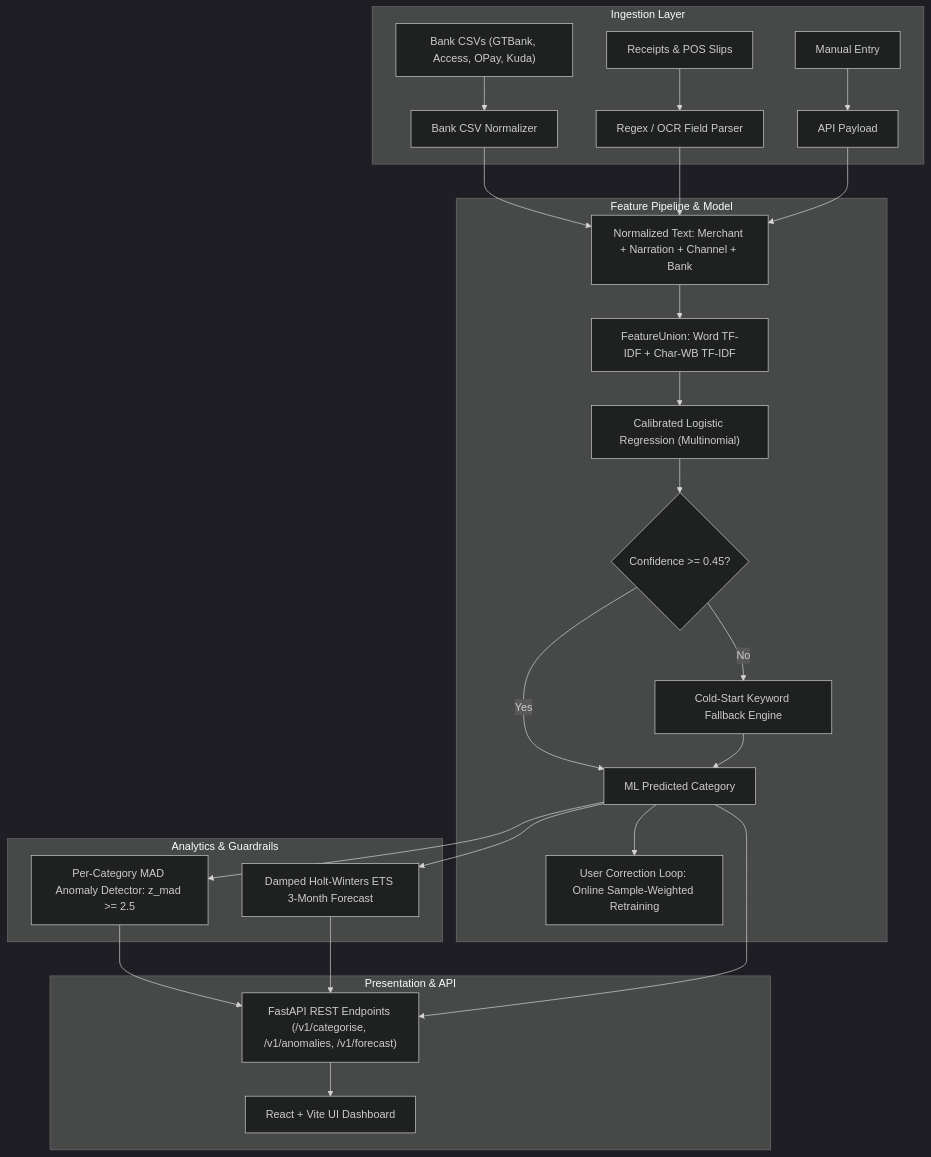
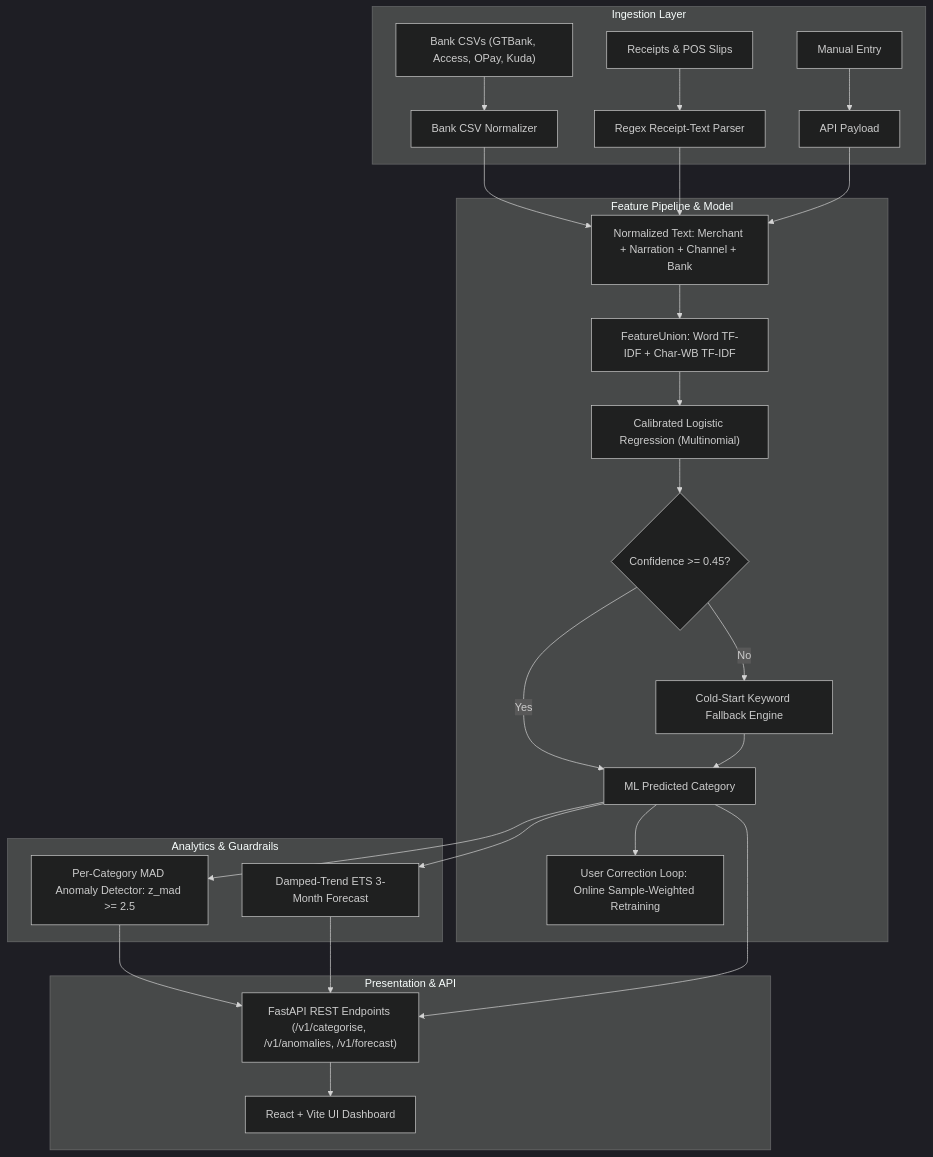
Before and after one commit to ikebude/AIOps_Expense_Tracker: the diagram in README.md, drawn with Mermaid (dark theme). The commit also changed other lines of this file and 12 other files, not shown here.

````diff
--- a/README.md
+++ b/README.md
@@ -70,29 +80,29 @@
 ```mermaid
 flowchart TD
     subgraph Ingestion["Ingestion Layer"]
         A1["Bank CSVs (GTBank, Access, OPay, Kuda)"] --> B1["Bank CSV Normalizer"]
-        A2["Receipts & POS Slips"] --> B2["Regex / OCR Field Parser"]
+        A2["Receipts & POS Slips"] --> B2["Regex Receipt-Text Parser"]
         A3["Manual Entry"] --> B3["API Payload"]
     end
 
     subgraph FeaturePipeline["Feature Pipeline & Model"]
         B1 & B2 & B3 --> C["Normalized Text: Merchant + Narration + Channel + Bank"]
         C --> D["FeatureUnion: Word TF-IDF + Char-WB TF-IDF"]
         D --> E["Calibrated Logistic Regression (Multinomial)"]
         E --> F{"Confidence >= 0.45?"}
         F -- Yes --> G["ML Predicted Category"]
         F -- No --> H["Cold-Start Keyword Fallback Engine"]
         H --> G
         G --> I["User Correction Loop: Online Sample-Weighted Retraining"]
     end
 
     subgraph Analytics["Analytics & Guardrails"]
         G --> J["Per-Category MAD Anomaly Detector: z_mad >= 2.5"]
-        G --> K["Damped Holt-Winters ETS 3-Month Forecast"]
+        G --> K["Damped-Trend ETS 3-Month Forecast"]
     end
 
     subgraph Presentation["Presentation & API"]
         J & K & G --> L["FastAPI REST Endpoints (/v1/categorise, /v1/anomalies, /v1/forecast)"]
         L --> M["React + Vite UI Dashboard"]
     end
 ```
````
